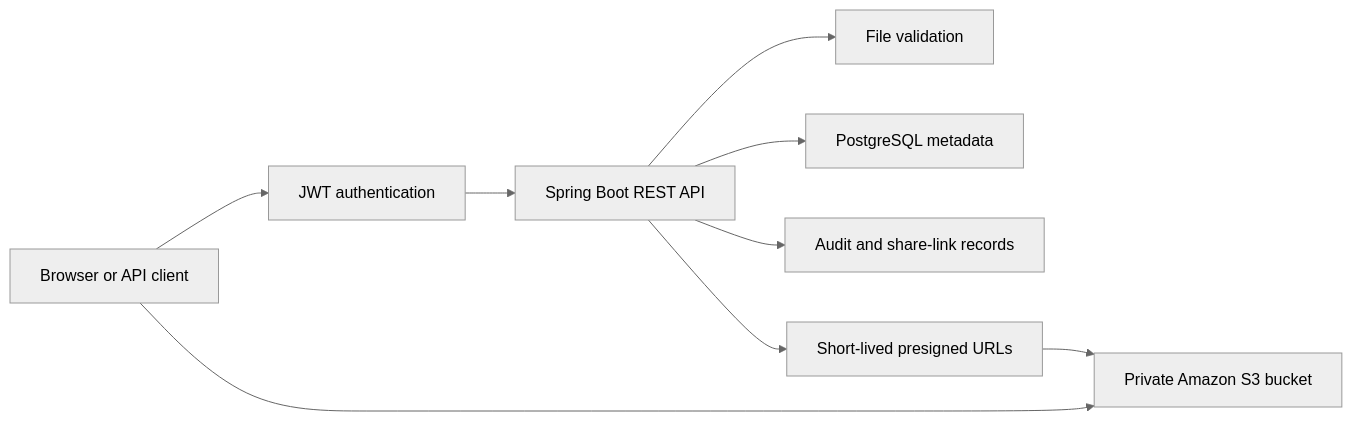
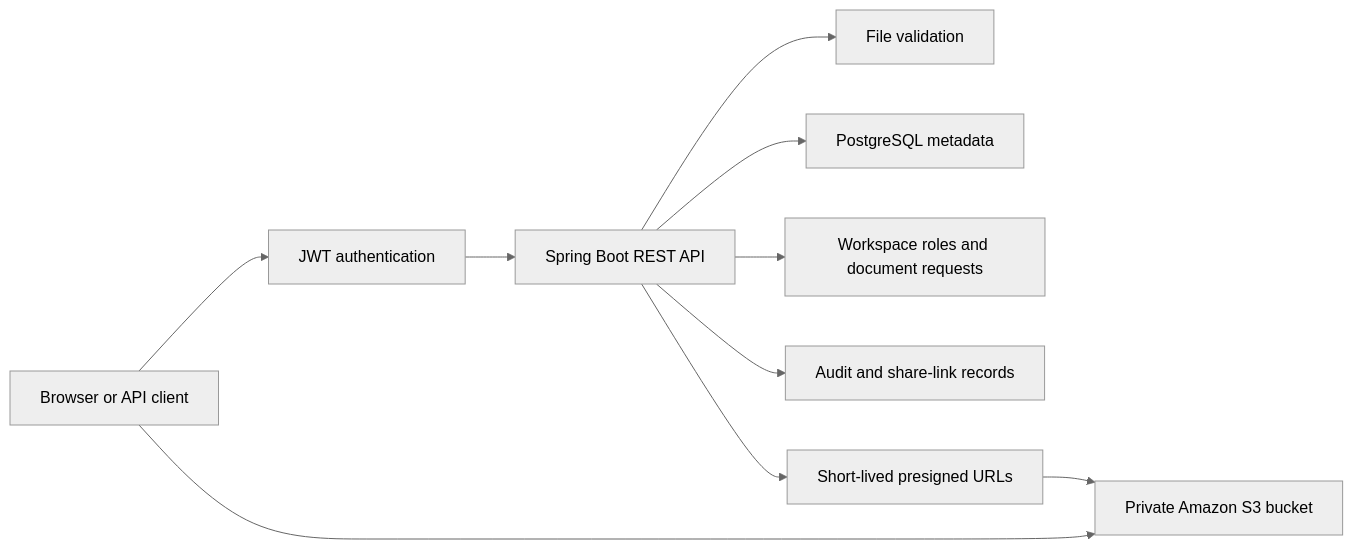
One commit to SarthakYadava/cloudvault changed the diagram in README.md. Above: the diagram before and after it, drawn with Mermaid (neutral theme). The commit also changed other lines of this file and 28 other files, not shown here.

Commit message:
Add client workspaces and document requests

````diff
--- a/README.md
+++ b/README.md
@@ -44,11 +50,12 @@
 ```mermaid
 flowchart LR
     Client["Browser or API client"] --> Auth["JWT authentication"]
     Auth --> API["Spring Boot REST API"]
     API --> Validation["File validation"]
     API --> Database["PostgreSQL metadata"]
+    API --> Workspaces["Workspace roles and document requests"]
     API --> Audit["Audit and share-link records"]
     API --> URLs["Short-lived presigned URLs"]
     URLs --> S3["Private Amazon S3 bucket"]
     Client --> S3
 ```
````
